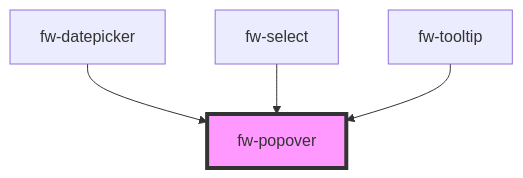
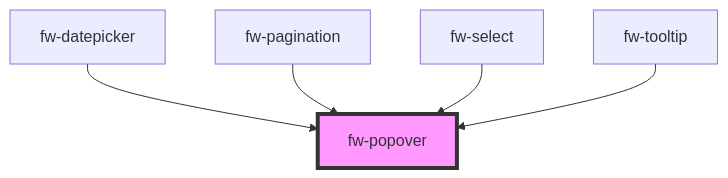
One commit to freshworks/crayons changed the diagram in packages/crayons-core/src/components/popover/readme.md. Above: the diagram before and after it, drawn with Mermaid. The commit also changed other lines of this file and 6 other files, not shown here.

````diff
--- a/packages/crayons-core/src/components/popover/readme.md
+++ b/packages/crayons-core/src/components/popover/readme.md
@@ -654,7 +655,8 @@
 ```mermaid
 graph TD;
   fw-datepicker --> fw-popover
+  fw-pagination --> fw-popover
   fw-select --> fw-popover
   fw-tooltip --> fw-popover
   style fw-popover fill:#f9f,stroke:#333,stroke-width:4px
 ```
````
